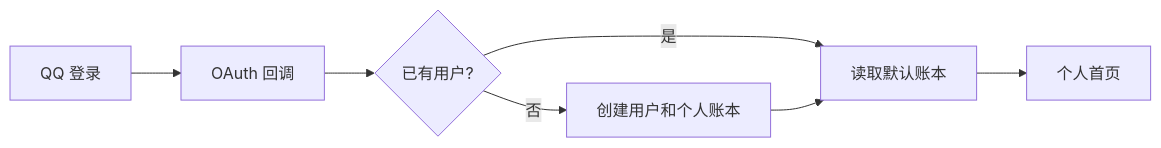
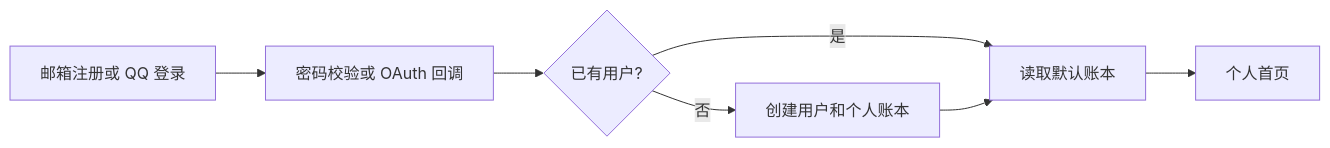
Before and after one commit to duanap/siyu: the first of 7 diagrams in docs/design/SCREEN_FLOW.md, drawn with Mermaid. The commit also changed 75 other files, not shown here.

````diff
--- a/docs/design/SCREEN_FLOW.md
+++ b/docs/design/SCREEN_FLOW.md
@@ -5,9 +5,9 @@
 ```mermaid
 flowchart LR
-    A[QQ 登录] --> B[OAuth 回调]
+    A[邮箱注册或 QQ 登录] --> B[密码校验或 OAuth 回调]
     B --> C{已有用户?}
     C -->|否| D[创建用户和个人账本]
     C -->|是| E[读取默认账本]
     D --> E
     E --> F[个人首页]
 ```
````
